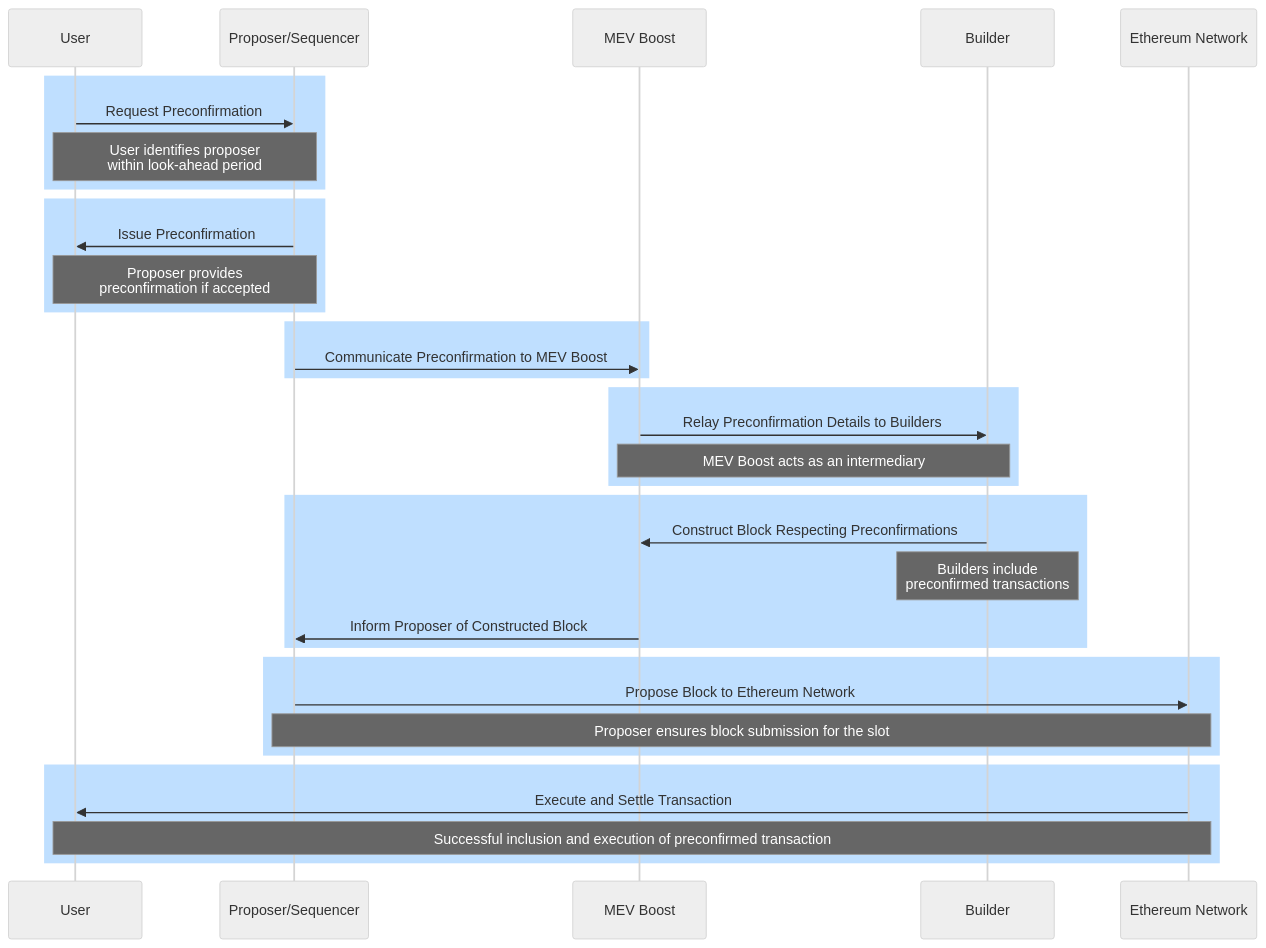
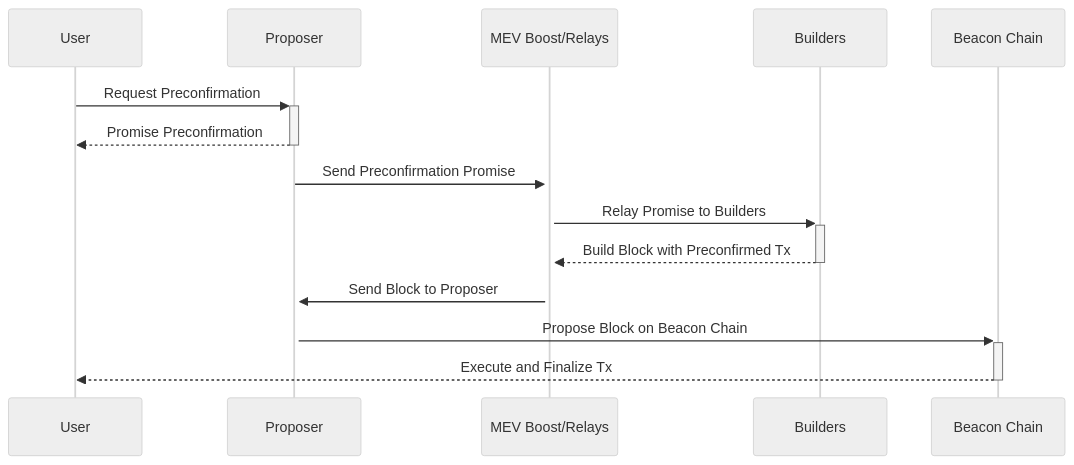
Before and after one commit to thogiti/thogiti.github.io: the diagram in _posts/2024-04-08-Ethereum-Based-Sequencing-Preconfs.md, drawn with Mermaid (neutral theme). The commit also changed other lines of this file and 1 other file, not shown here.

Commit message:
Update the preconf flow with MEV Boost

````diff
--- a/_posts/2024-04-08-Ethereum-Based-Sequencing-Preconfs.md
+++ b/_posts/2024-04-08-Ethereum-Based-Sequencing-Preconfs.md
@@ -105,37 +112,17 @@
 ```mermaid
 sequenceDiagram
     participant U as User
-    participant P as Proposer/Sequencer
-    participant M as MEV Boost
-    participant B as Builder
-    participant E as Ethereum Network
+    participant P as Proposer
+    participant R as MEV Boost/Relays
+    participant B as Builders
+    participant BC as Beacon Chain
 
-    rect rgb(191, 223, 255)
-    U->>P: Request Preconfirmation
-    Note over U,P: User identifies proposer <br> within look-ahead period
-    end    
-    rect rgb(191, 223, 255)
-    P->>U: Issue Preconfirmation
-    Note over P,U: Proposer provides <br>preconfirmation if accepted
-    end
-    rect rgb(191, 223, 255)
-    P->>M: Communicate Preconfirmation to MEV Boost
-    end
-    rect rgb(191, 223, 255)
-    M->>B: Relay Preconfirmation Details to Builders
-    Note over M,B: MEV Boost acts as an intermediary
-    end
-    rect rgb(191, 223, 255)
-    B->>M: Construct Block Respecting Preconfirmations
-    Note over B: Builders include <br>preconfirmed transactions
-    M->>P: Inform Proposer of Constructed Block
-    end
-    rect rgb(191, 223, 255)
-    P->>E: Propose Block to Ethereum Network
-    Note over P,E: Proposer ensures block submission for the slot
-    end
-    rect rgb(191, 223, 255)
-    E->>U: Execute and Settle Transaction
-    Note over E,U: Successful inclusion and execution of preconfirmed transaction
-    end
+    U->>+P: Request Preconfirmation
+    P-->>-U: Promise Preconfirmation
+    P->>+R: Send Preconfirmation Promise
+    R->>+B: Relay Promise to Builders
+    B-->>-R: Build Block with Preconfirmed Tx
+    R->>+P: Send Block to Proposer
+    P->>+BC: Propose Block on Beacon Chain
+    BC-->>-U: Execute and Finalize Tx
 ```
````
